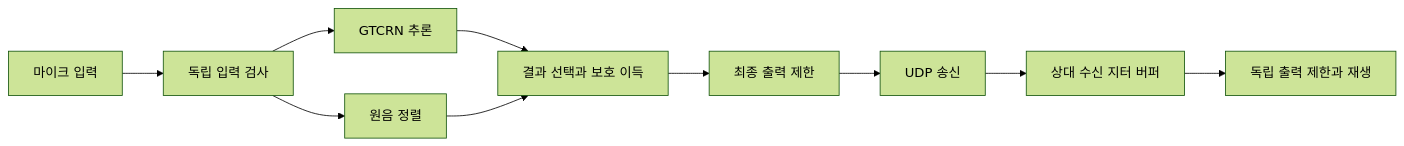
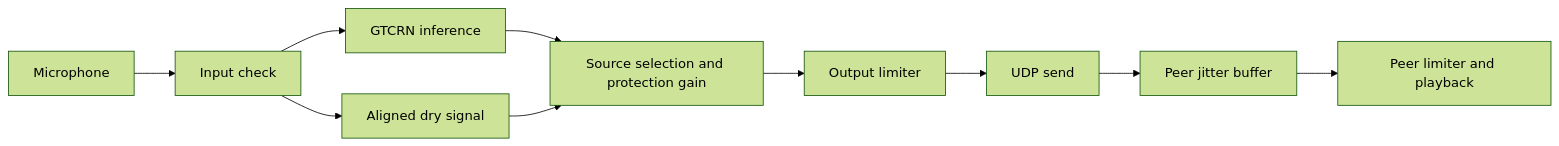
The diagram in README.md (sungmin-park-dev/tactical-speech-enhancement), drawn with Mermaid (forest theme) before and after one commit. The commit also changed other lines of this file and 6 other files, not shown here.

````diff
--- a/README.md
+++ b/README.md
@@ -16,12 +24,12 @@
 ```mermaid
 flowchart LR
-    A[마이크 입력] --> B[독립 입력 검사]
-    B --> C[GTCRN 추론]
-    B --> D[원음 정렬]
-    C --> E[결과 선택과 보호 이득]
+    A[Microphone] --> B[Input check]
+    B --> C[GTCRN inference]
+    B --> D[Aligned dry signal]
+    C --> E[Source selection and protection gain]
     D --> E
-    E --> F[최종 출력 제한]
-    F --> G[UDP 송신]
-    G --> H[상대 수신 지터 버퍼]
-    H --> I[독립 출력 제한과 재생]
+    E --> F[Output limiter]
+    F --> G[UDP send]
+    G --> H[Peer jitter buffer]
+    H --> I[Peer limiter and playback]
 ```
````
